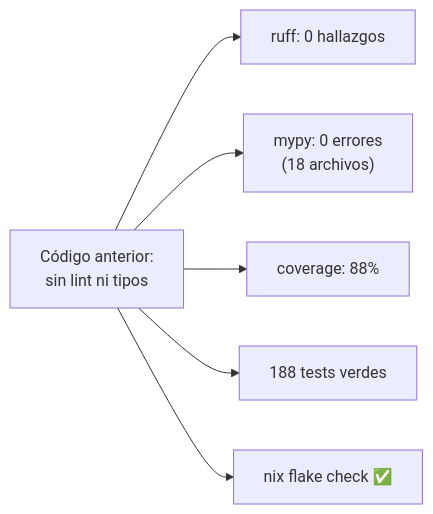
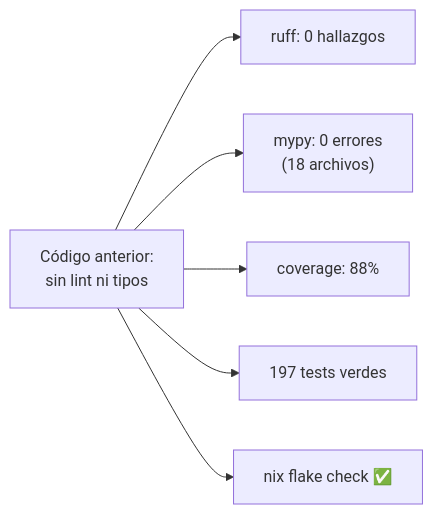
One commit to IvanSanchezSil/vistobueno changed the second of 4 diagrams in docs/diseno/10_calidad_y_exportacion.md. Above: the diagram before and after it, drawn with Mermaid. The commit also changed other lines of this file and 13 other files, not shown here.

````diff
--- a/docs/diseno/10_calidad_y_exportacion.md
+++ b/docs/diseno/10_calidad_y_exportacion.md
@@ -85,8 +85,8 @@
 ```mermaid
 flowchart LR
     A["Código anterior:<br/>sin lint ni tipos"] --> B["ruff: 0 hallazgos"]
     A --> C["mypy: 0 errores<br/>(18 archivos)"]
     A --> D["coverage: 88%"]
-    A --> E["188 tests verdes"]
+    A --> E["197 tests verdes"]
     A --> F["nix flake check ✅"]
 ```
````
